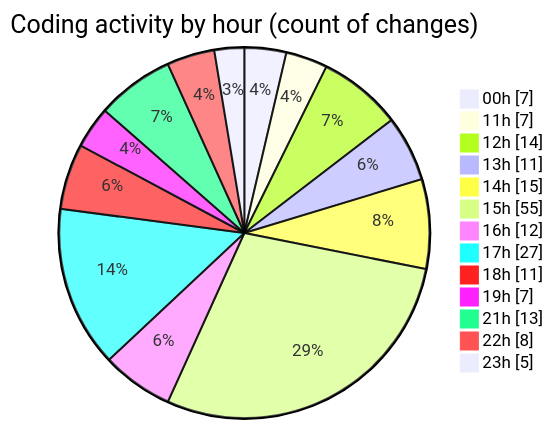
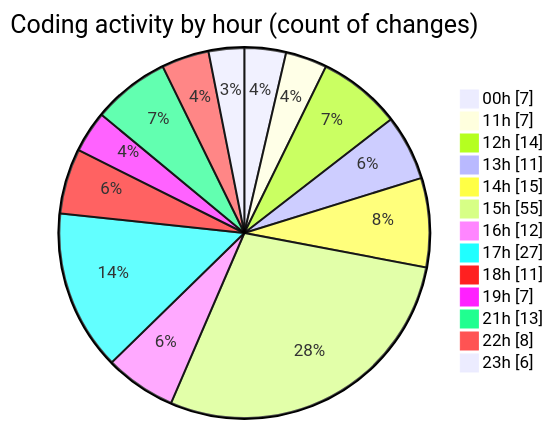
One commit to julien-gomy/code-tracking changed the second of 2 diagrams in 2025-10-08/eventscop-frontend-guide__workspace_/README.md. Above: the diagram before and after it, drawn with Mermaid. The commit also changed other lines of this file and 1 other file, not shown here.

````diff
--- a/2025-10-08/eventscop-frontend-guide__workspace_/README.md
+++ b/2025-10-08/eventscop-frontend-guide__workspace_/README.md
@@ -76,17 +78,17 @@
 ```mermaid
 pie showData
 title Coding activity by hour (count of changes)
 "00h" : 7
 "11h" : 7
 "12h" : 14
 "13h" : 11
 "14h" : 15
 "15h" : 55
 "16h" : 12
 "17h" : 27
 "18h" : 11
 "19h" : 7
 "21h" : 13
 "22h" : 8
-"23h" : 5
+"23h" : 6
 ```
````
